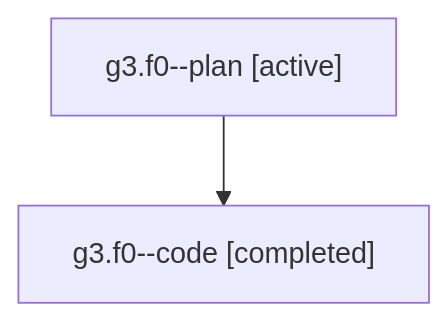
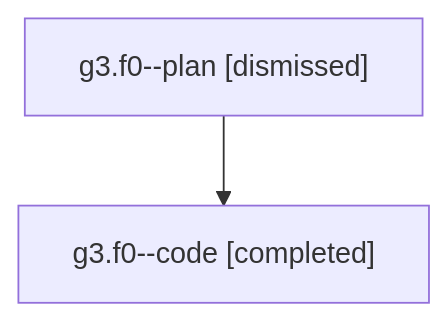
The diagram in sessions/bbugyi200.athena.g3.f0.md (sase-org/sase--agents), drawn with Mermaid before and after one commit. The commit also changed other lines of this file and 30 other files, not shown here.

````diff
--- a/sessions/bbugyi200.athena.g3.f0.md
+++ b/sessions/bbugyi200.athena.g3.f0.md
@@ -9,6 +9,6 @@
 ```mermaid
 flowchart TD
-  n0["g3.f0--plan [active]"]
+  n0["g3.f0--plan [dismissed]"]
   n1["g3.f0--code [completed]"]
   n0 --> n1
 ```
````
